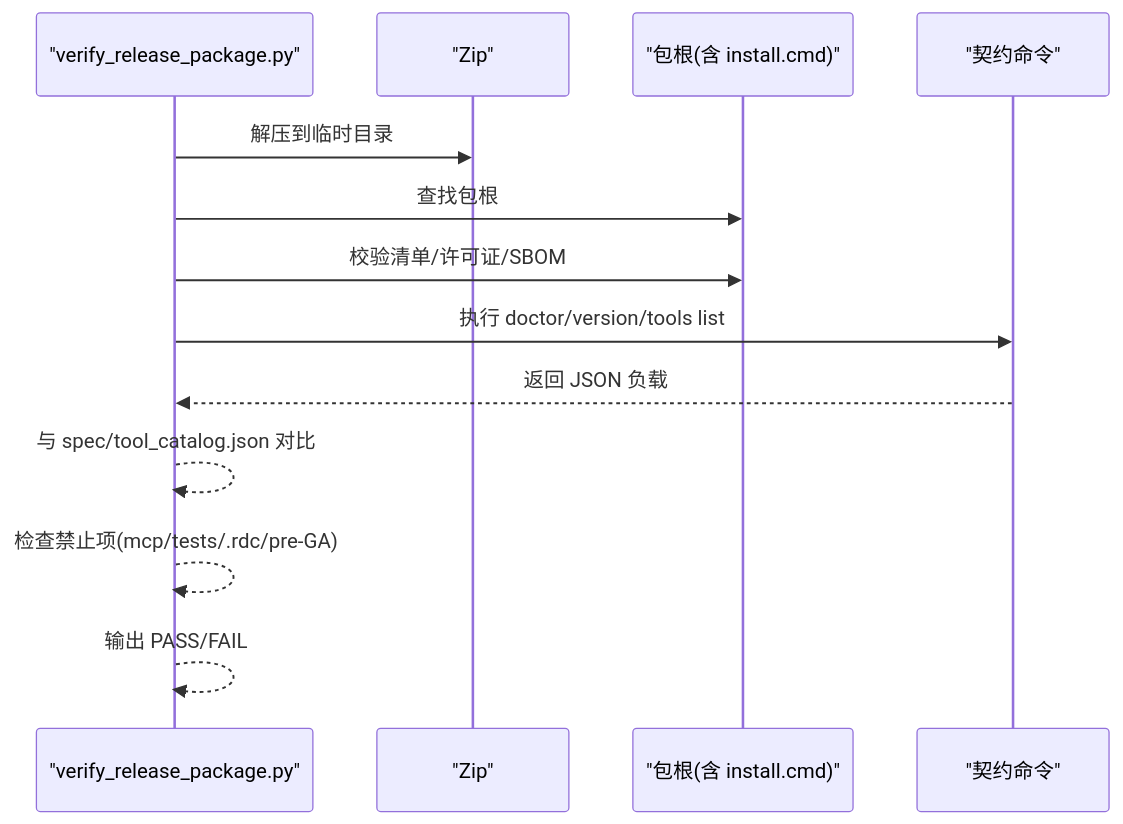
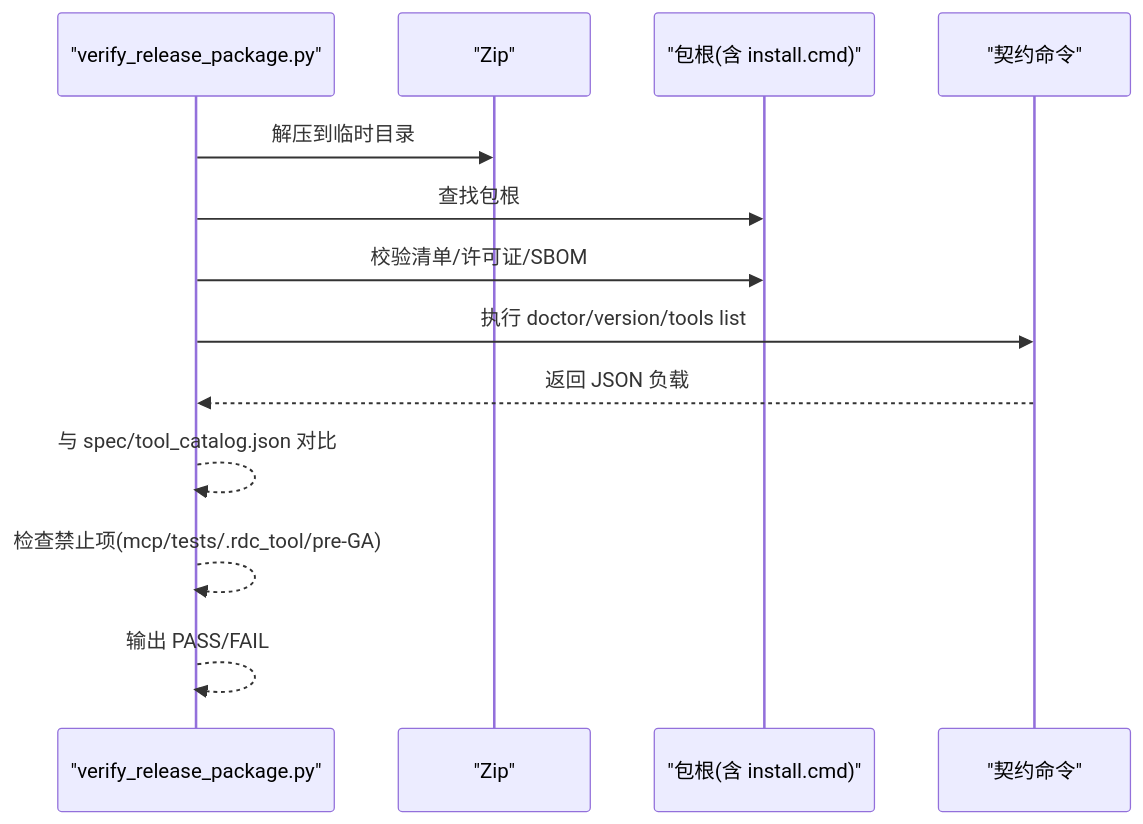
One commit to haolange/RDC-Tool changed the sixth of 7 diagrams in .qoder/repowiki/zh/content/部署和发布/部署和发布.md. Above: the diagram before and after it, drawn with Mermaid. The commit also changed other lines of this file and 388 other files, not shown here.

First line of the commit message:
Release RDC-Tool identity and public maintenance surface

````diff
--- a/.qoder/repowiki/zh/content/部署和发布/部署和发布.md
+++ b/.qoder/repowiki/zh/content/部署和发布/部署和发布.md
@@ -313,15 +313,15 @@
 ```mermaid
 sequenceDiagram
 participant V as "verify_release_package.py"
 participant Z as "Zip"
 participant R as "包根(含 install.cmd)"
 participant C as "契约命令"
 V->>Z : 解压到临时目录
 V->>R : 查找包根
 V->>R : 校验清单/许可证/SBOM
 V->>C : 执行 doctor/version/tools list
 C-->>V : 返回 JSON 负载
 V-->>V : 与 spec/tool_catalog.json 对比
-V-->>V : 检查禁止项(mcp/tests/.rdc/pre-GA)
+V-->>V : 检查禁止项(mcp/tests/.rdc_tool/pre-GA)
 V-->>V : 输出 PASS/FAIL
 ```
````
